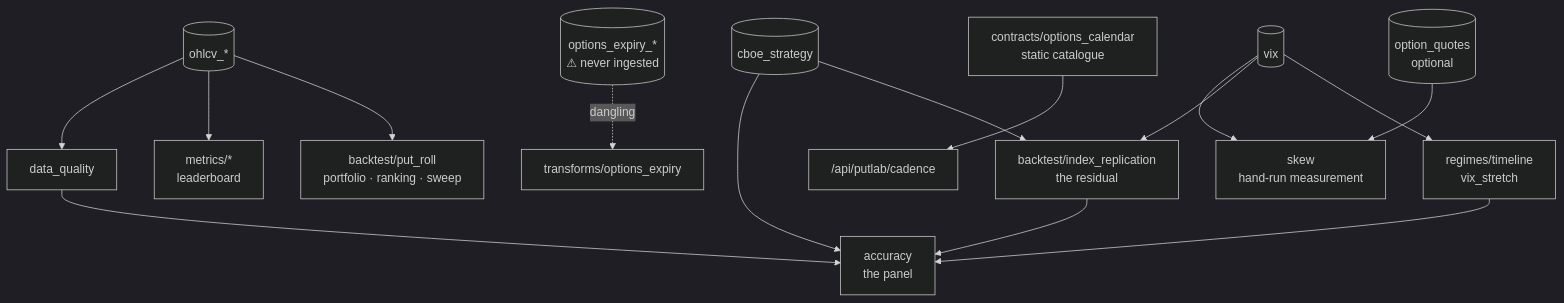
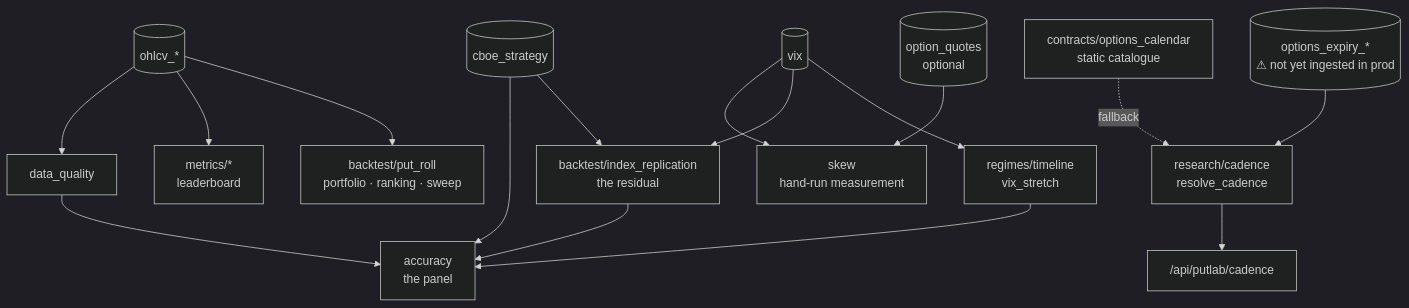
Before and after one commit to diomavro/tail-lab: the second of 2 diagrams in docs/DATA_FLOW.md, drawn with Mermaid (dark theme). The commit also changed other lines of this file and 6 other files, not shown here.

````diff
--- a/docs/DATA_FLOW.md
+++ b/docs/DATA_FLOW.md
@@ -157,24 +162,25 @@
 ```mermaid
 flowchart TB
     VIX[("vix")]
     STRAT[("cboe_strategy")]
     OHLCV[("ohlcv_*")]
-    EXP[("options_expiry_*<br/>⚠ never ingested")]
+    EXP[("options_expiry_*<br/>⚠ not yet ingested in prod")]
     QUOTES[("option_quotes<br/>optional")]
 
     VIX --> REGIME["regimes/timeline<br/>vix_stretch"]
     VIX --> REPL["backtest/index_replication<br/>the residual"]
     STRAT --> REPL
     OHLCV --> ROLL["backtest/put_roll<br/>portfolio · ranking · sweep"]
     OHLCV --> METRICS["metrics/*<br/>leaderboard"]
     OHLCV --> DQ["data_quality"]
-    EXP -.dangling.-> CADENCE["transforms/options_expiry"]
-    STATIC2["contracts/options_calendar<br/>static catalogue"] --> CADENCEAPI["/api/putlab/cadence"]
+    EXP --> CADENCE["research/cadence<br/>resolve_cadence"]
+    STATIC2["contracts/options_calendar<br/>static catalogue"] -.fallback.-> CADENCE
+    CADENCE --> CADENCEAPI["/api/putlab/cadence"]
     QUOTES --> SKEW["skew<br/>hand-run measurement"]
     VIX --> SKEW
 
     REPL --> ACC["accuracy<br/>the panel"]
     REGIME --> ACC
     STRAT --> ACC
     DQ --> ACC
 ```
````
